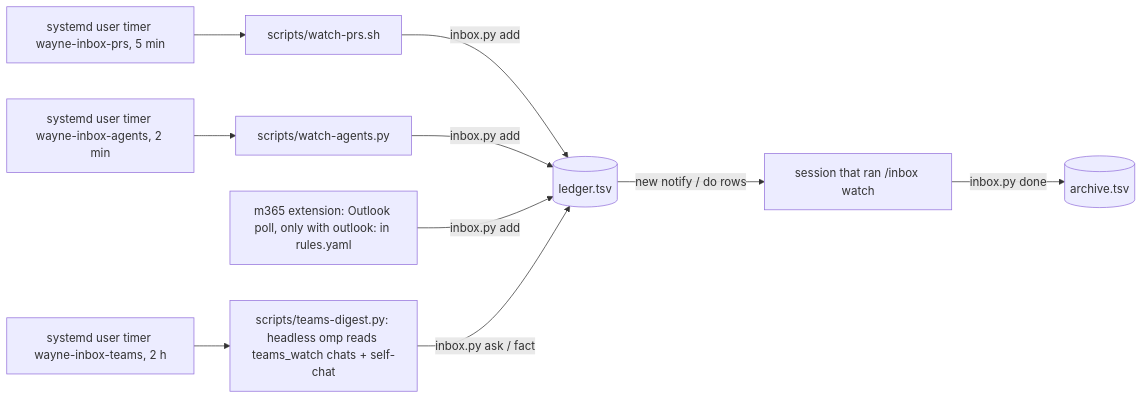
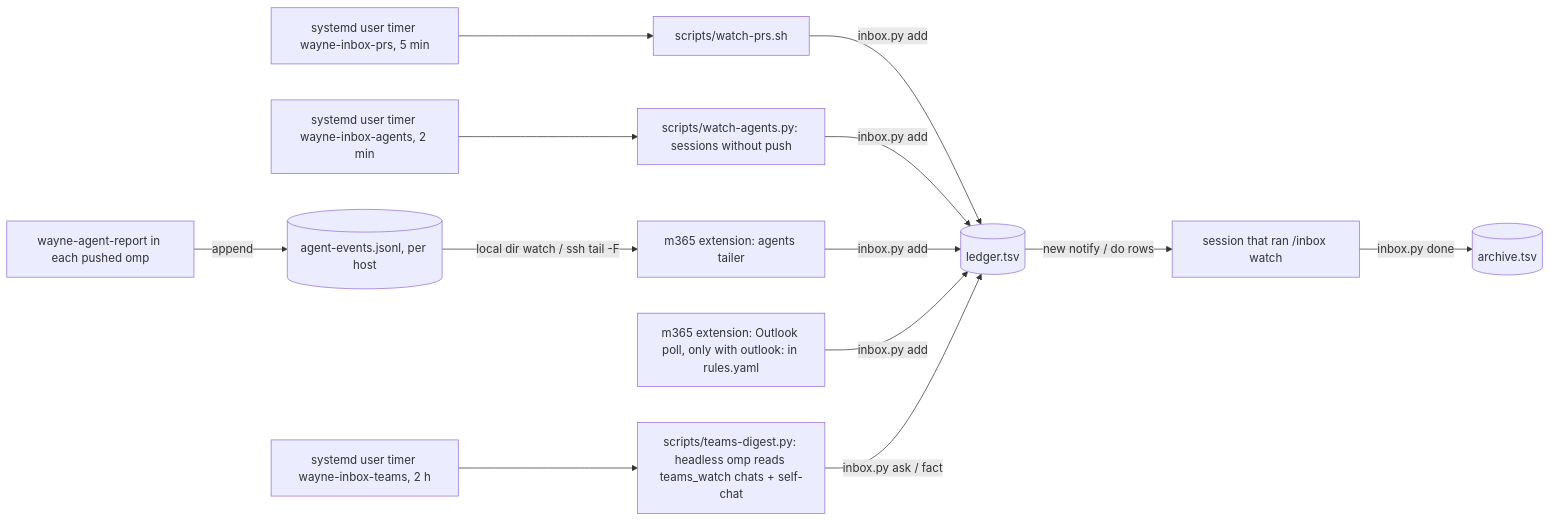
One commit to waynejing995/wayne-taste changed the diagram in wayne-inbox/references/internals.md. Above: the diagram before and after it, drawn with Mermaid. The commit also changed other lines of this file and 7 other files, not shown here.

First line of the commit message:
fix:/agent-push - send agent status only on new information; questions go to the coordinator first

````diff
--- a/wayne-inbox/references/internals.md
+++ b/wayne-inbox/references/internals.md
@@ -24,12 +26,15 @@
 ```mermaid
 flowchart LR
   T[systemd user timer wayne-inbox-prs, 5 min] --> W[scripts/watch-prs.sh]
   W -->|inbox.py add| L[(ledger.tsv)]
-  T2[systemd user timer wayne-inbox-agents, 2 min] --> G[scripts/watch-agents.py]
+  T2[systemd user timer wayne-inbox-agents, 2 min] --> G[scripts/watch-agents.py: sessions without push]
   G -->|inbox.py add| L
+  R[wayne-agent-report in each pushed omp] -->|append| E[(agent-events.jsonl, per host)]
+  E -->|local dir watch / ssh tail -F| X[m365 extension: agents tailer]
+  X -->|inbox.py add| L
   O[m365 extension: Outlook poll, only with outlook: in rules.yaml] -->|inbox.py add| L
   T3[systemd user timer wayne-inbox-teams, 2 h] --> D[scripts/teams-digest.py: headless omp reads teams_watch chats + self-chat]
   D -->|inbox.py ask / fact| L
   L -->|new notify / do rows| S[session that ran /inbox watch]
   S -->|inbox.py done| A[(archive.tsv)]
 ```
````
